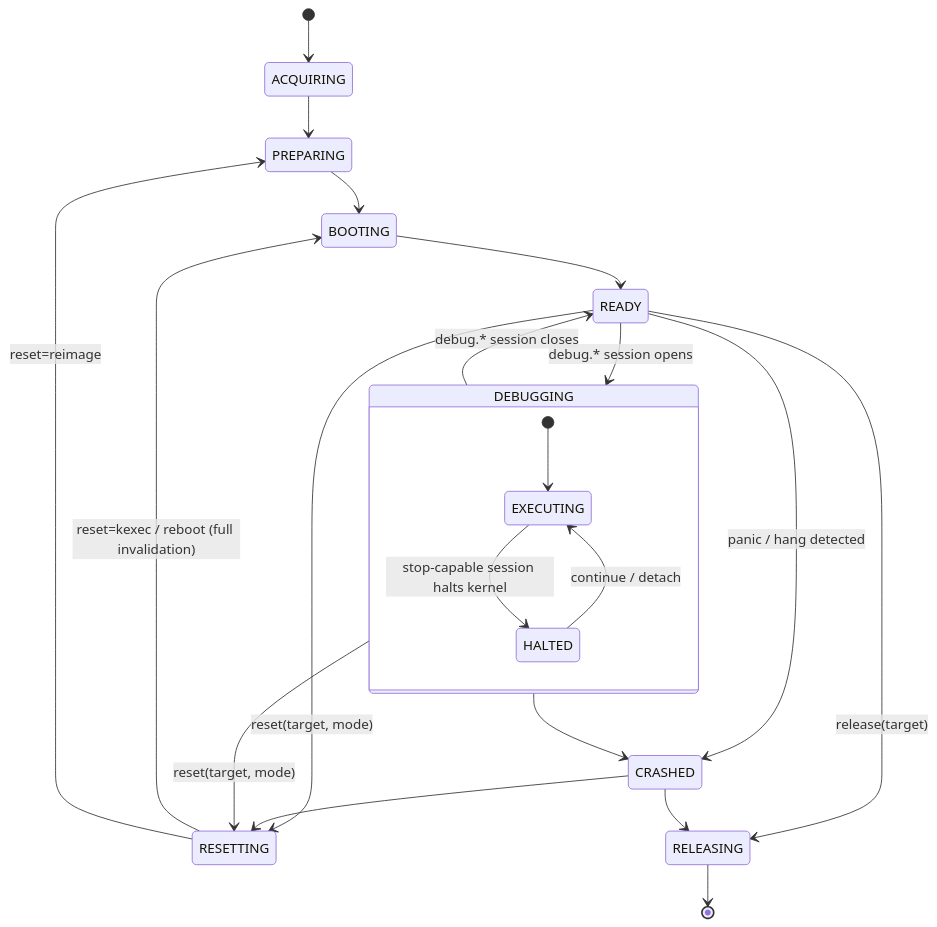
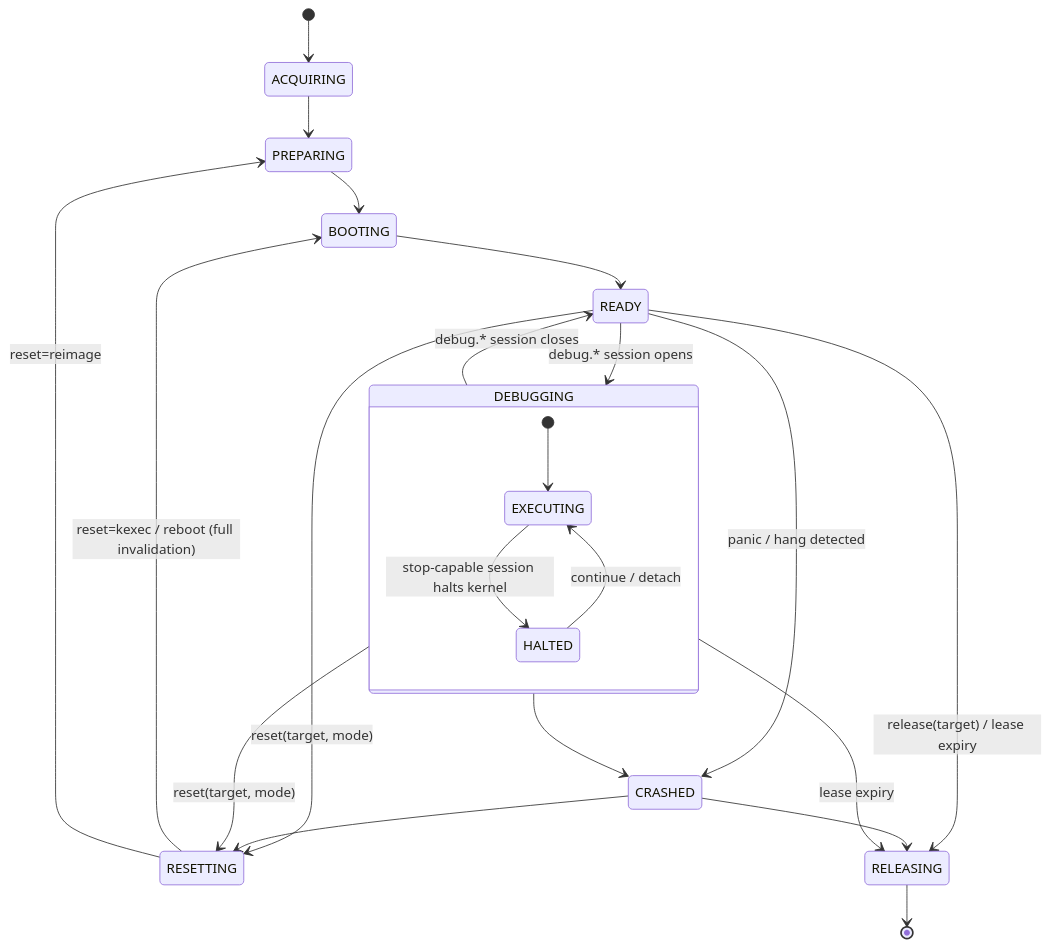
Before and after one commit to randomparity/linux-debug-mcp: the second of 2 diagrams in docs/specs/interface-contracts.md, drawn with Mermaid. The commit also changed other lines of this file, not shown here.

````diff
--- a/docs/specs/interface-contracts.md
+++ b/docs/specs/interface-contracts.md
@@ -201,24 +363,25 @@
 ```mermaid
 stateDiagram-v2
   [*] --> ACQUIRING
   ACQUIRING --> PREPARING
   PREPARING --> BOOTING
   BOOTING --> READY
   READY --> DEBUGGING : debug.* session opens
   DEBUGGING --> READY : debug.* session closes
   state DEBUGGING {
     [*] --> EXECUTING
     EXECUTING --> HALTED : stop-capable session halts kernel
     HALTED --> EXECUTING : continue / detach
   }
   READY --> RESETTING : reset(target, mode)
   DEBUGGING --> RESETTING : reset(target, mode)
   READY --> CRASHED : panic / hang detected
   DEBUGGING --> CRASHED
   CRASHED --> RESETTING
   RESETTING --> BOOTING : reset=kexec / reboot (full invalidation)
   RESETTING --> PREPARING : reset=reimage
-  READY --> RELEASING : release(target)
+  READY --> RELEASING : release(target) / lease expiry
+  DEBUGGING --> RELEASING : lease expiry
   CRASHED --> RELEASING
   RELEASING --> [*]
 ```
````
